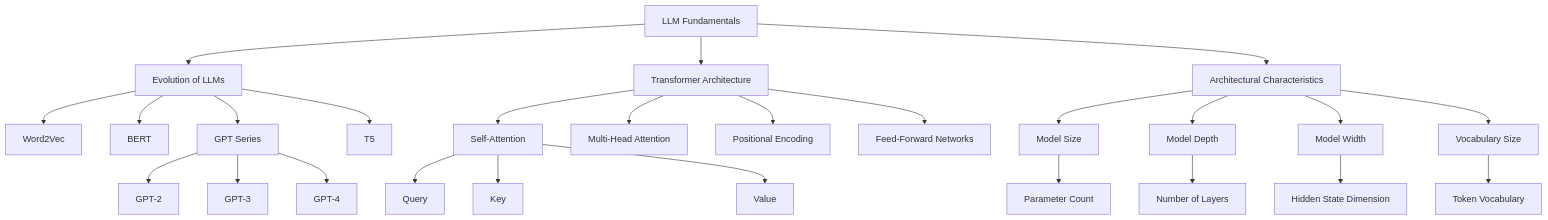
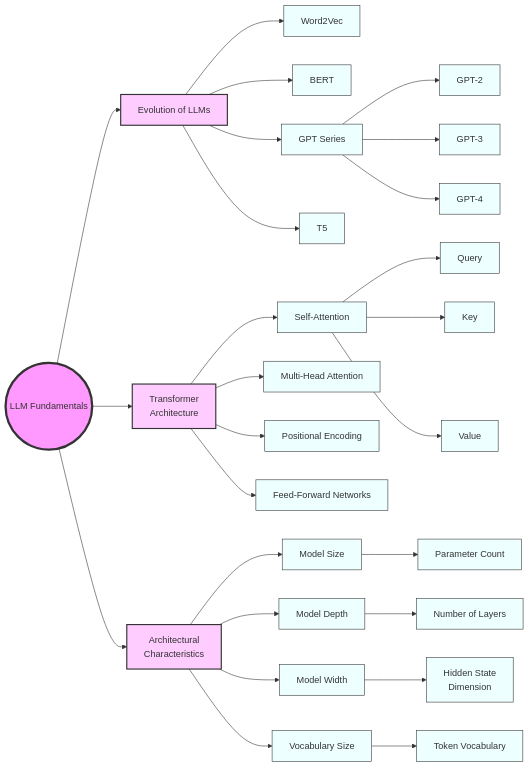
One commit to chenxingqiang/llm-course-chen changed the second of 2 diagrams in notebooks/md/lesson_03_Basic_knowledge_and_architectural_characteristics_of_LLM.md. Above: the diagram before and after it, drawn with Mermaid. The commit also changed other lines of this file and 658 other files, not shown here.

````diff
--- a/notebooks/md/lesson_03_Basic_knowledge_and_architectural_characteristics_of_LLM.md
+++ b/notebooks/md/lesson_03_Basic_knowledge_and_architectural_characteristics_of_LLM.md
@@ -463,34 +475,46 @@
 ```mermaid
-graph TD
-    A[LLM Fundamentals] --> B[Evolution of LLMs]
-    A --> C[Transformer Architecture]
-    A --> D[Architectural Characteristics]
+graph LR
+    A(("LLM Fundamentals"))
     
-    B --> E[Word2Vec]
-    B --> F[BERT]
-    B --> G[GPT Series]
-    B --> H[T5]
+    B["Evolution of LLMs"]
+    C["Transformer<br/>Architecture"]
+    D["Architectural<br/>Characteristics"]
     
-    C --> I[Self-Attention]
-    C --> J[Multi-Head Attention]
-    C --> K[Positional Encoding]
-    C --> L[Feed-Forward Networks]
+    A --> B & C & D
     
-    D --> M[Model Size]
-    D --> N[Model Depth]
-    D --> O[Model Width]
-    D --> P[Vocabulary Size]
+    B --> E["Word2Vec"]
+    B --> F["BERT"]
+    B --> G["GPT Series"]
+    B --> H["T5"]
     
-    M --> Q[Parameter Count]
-    N --> R[Number of Layers]
-    O --> S[Hidden State Dimension]
-    P --> T[Token Vocabulary]
+    C --> I["Self-Attention"]
+    C --> J["Multi-Head Attention"]
+    C --> K["Positional Encoding"]
+    C --> L["Feed-Forward Networks"]
     
-    I --> U[Query]
-    I --> V[Key]
-    I --> W[Value]
+    D --> M["Model Size"]
+    D --> N["Model Depth"]
+    D --> O["Model Width"]
+    D --> P["Vocabulary Size"]
     
-    G --> X[GPT-2]
-    G --> Y[GPT-3]
-    G --> Z[GPT-4]
+    M --> Q["Parameter Count"]
+    N --> R["Number of Layers"]
+    O --> S["Hidden State<br/>Dimension"]
+    P --> T["Token Vocabulary"]
+    
+    I --> U["Query"]
+    I --> V["Key"]
+    I --> W["Value"]
+    
+    G --> X["GPT-2"]
+    G --> Y["GPT-3"]
+    G --> Z["GPT-4"]
+
+    style A fill:#f9f,stroke:#333,stroke-width:4px
+    style B fill:#fcf,stroke:#333,stroke-width:2px
+    style C fill:#fcf,stroke:#333,stroke-width:2px
+    style D fill:#fcf,stroke:#333,stroke-width:2px
+    
+    classDef subTopic fill:#eff,stroke:#333,stroke-width:1px
+    class E,F,G,H,I,J,K,L,M,N,O,P,Q,R,S,T,U,V,W,X,Y,Z subTopic
 ```
````
